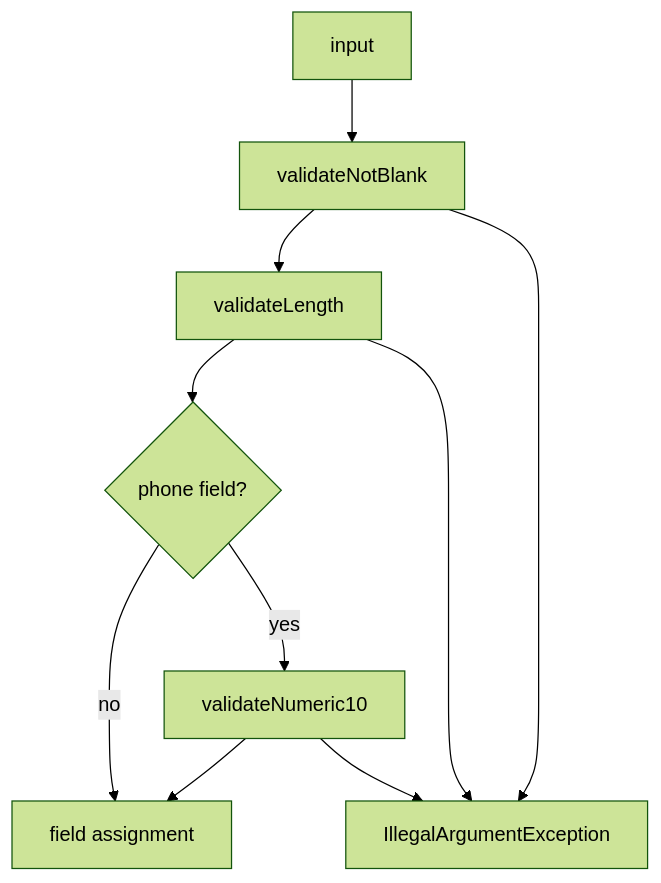
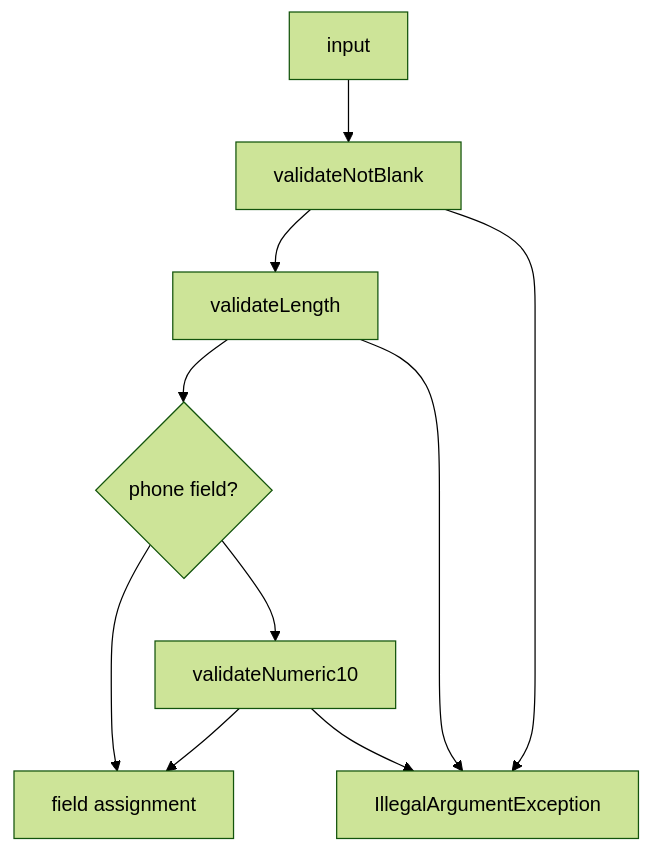
One commit to jguida941/contact-service-junit changed the first of 4 diagrams in README.md. Above: the diagram before and after it, drawn with Mermaid (forest theme). The commit also changed other lines of this file, not shown here.

Commit message:
Update Mermaid diagram syntax in README

````diff
--- a/README.md
+++ b/README.md
@@ -77,17 +77,17 @@
 ```mermaid
 graph TD
     A[input]
     B[validateNotBlank]
     C[validateLength]
     D{phone field?}
     E[validateNumeric10]
     F[field assignment]
     X[IllegalArgumentException]
 
     A --> B --> C --> D
     B --> X
     C --> X
-    D -->|no| F
-    D -->|yes| E --> F
+    D --> F
+    D --> E --> F
     E --> X
 ```
````
